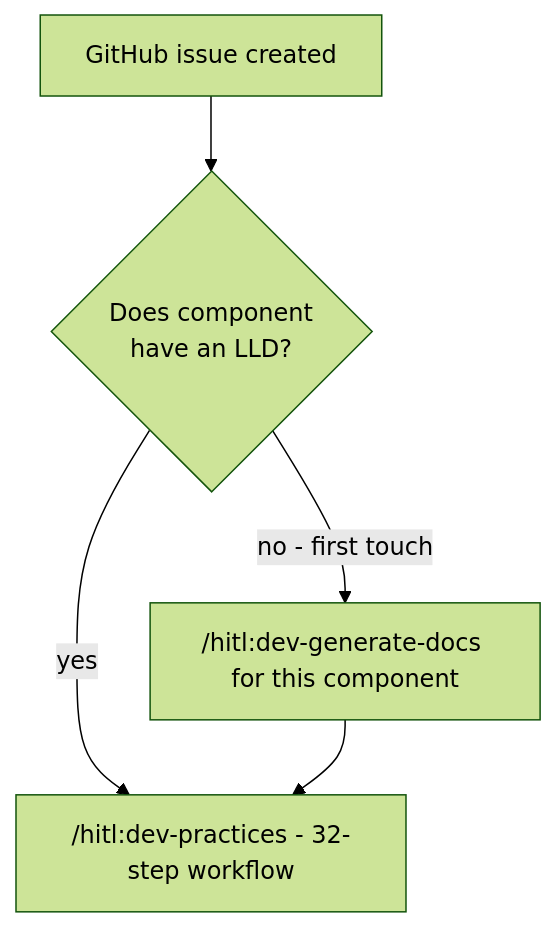
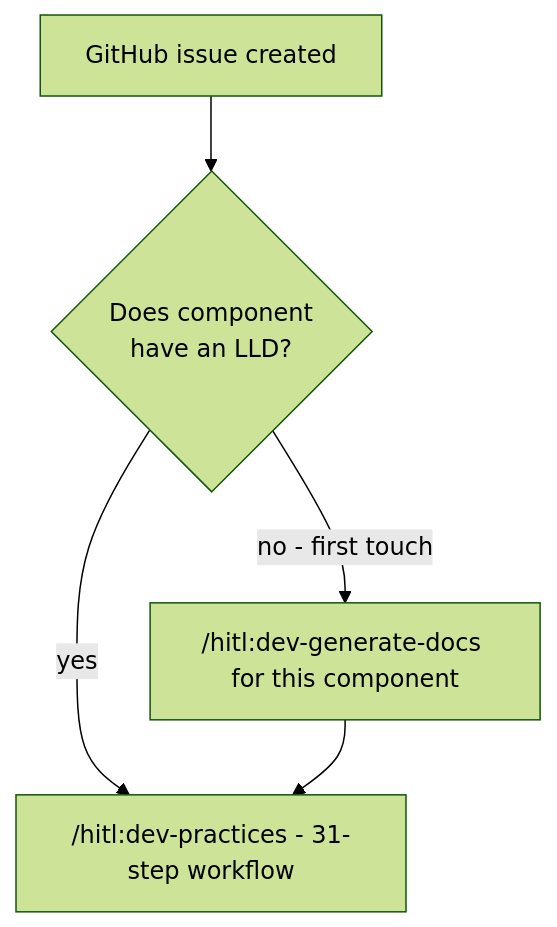
Before and after one commit to Prasad-Apparaju/hitl-dev-platform: the second of 4 diagrams in docs/workflow-brownfield.md, drawn with Mermaid (forest theme). The commit also changed other lines of this file and 33 other files, not shown here.

First line of the commit message:
docs(hitl): reconcile workflow docs to the 31-step model

````diff
--- a/docs/workflow-brownfield.md
+++ b/docs/workflow-brownfield.md
@@ -71,12 +71,12 @@
 ```mermaid
 graph TB
   issue["GitHub issue created"]
   check{"Does component\nhave an LLD?"}
   gendocs["/hitl:dev-generate-docs for this component"]
-  practices["/hitl:dev-practices - 32-step workflow"]
+  practices["/hitl:dev-practices - 31-step workflow"]
 
   issue --> check
   check -->|"yes"| practices
   check -->|"no - first touch"| gendocs
   gendocs --> practices
 ```
````
